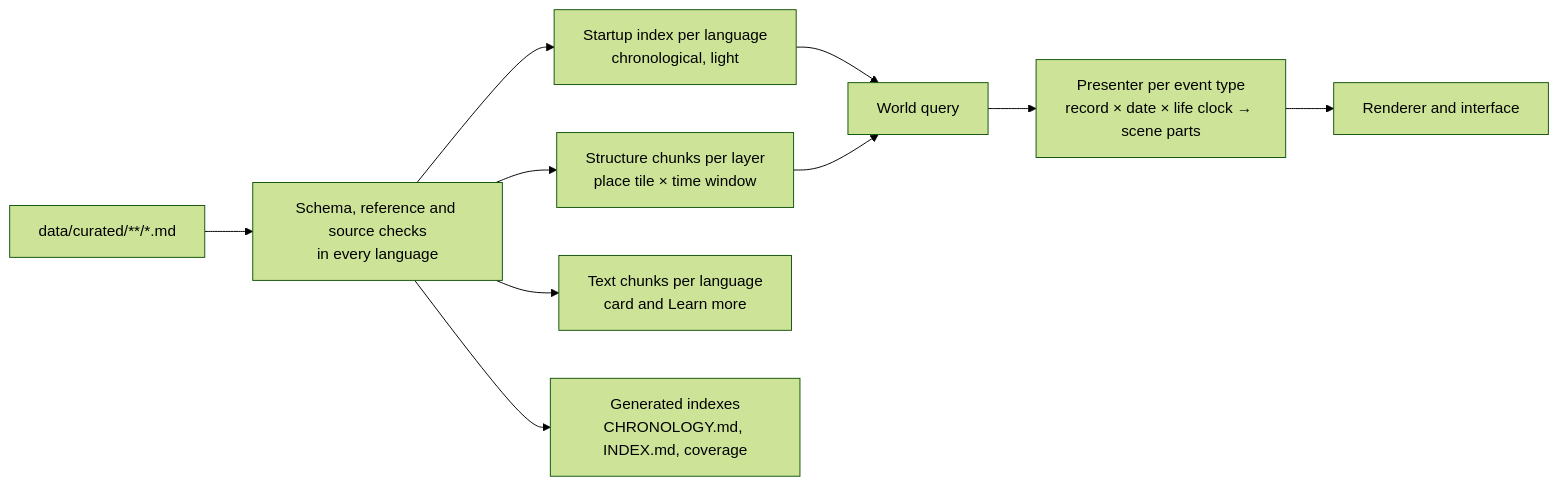
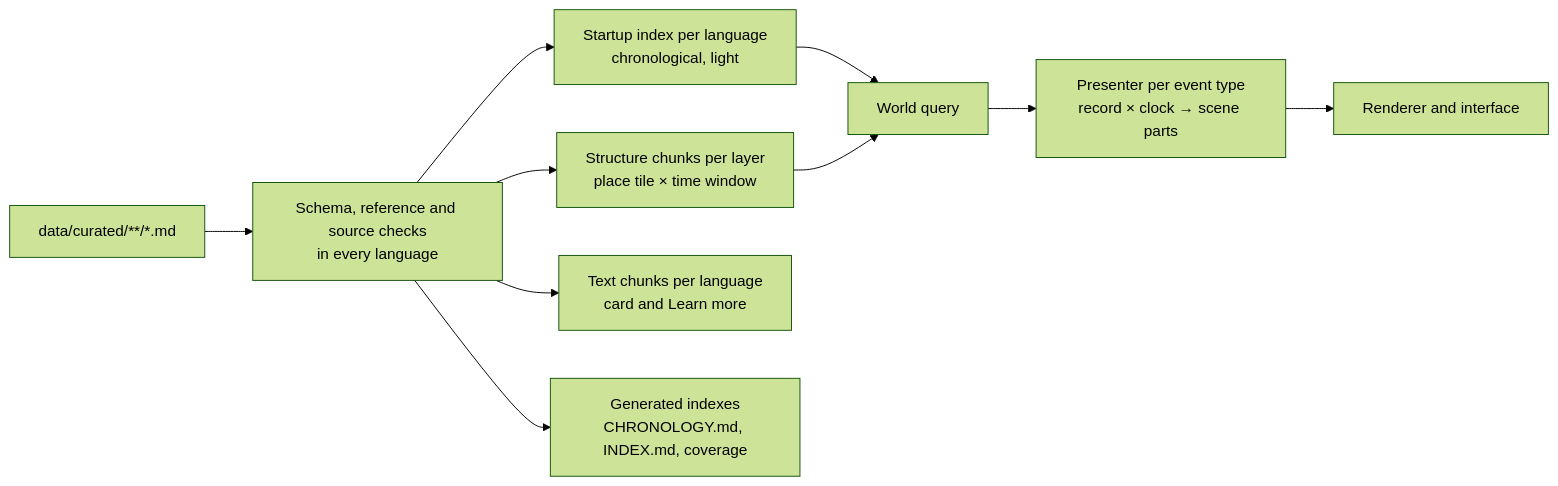
One commit to hashseed/miniworld changed the diagram in docs/spec/content-format.md. Above: the diagram before and after it, drawn with Mermaid (forest theme). The commit also changed other lines of this file and 6 other files, not shown here.

First line of the commit message:
Spec: one clock at 25 years per minute, speed modes, log timeline

````diff
--- a/docs/spec/content-format.md
+++ b/docs/spec/content-format.md
@@ -184,12 +184,12 @@
 ```mermaid
 flowchart LR
   md["data/curated/**/*.md"] --> validate["Schema, reference and source checks<br/>in every language"]
   validate --> index["Startup index per language<br/>chronological, light"]
   validate --> chunks["Structure chunks per layer<br/>place tile × time window"]
   validate --> text["Text chunks per language<br/>card and Learn more"]
   validate --> docs["Generated indexes<br/>CHRONOLOGY.md, INDEX.md, coverage"]
   index --> worker["World query"]
   chunks --> worker
-  worker --> presenters["Presenter per event type<br/>record × date × life clock → scene parts"]
+  worker --> presenters["Presenter per event type<br/>record × clock → scene parts"]
   presenters --> renderer["Renderer and interface"]
 ```
````
